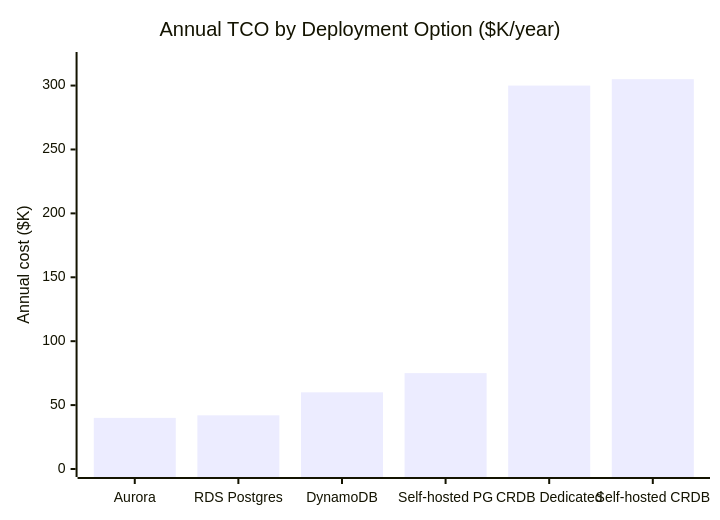
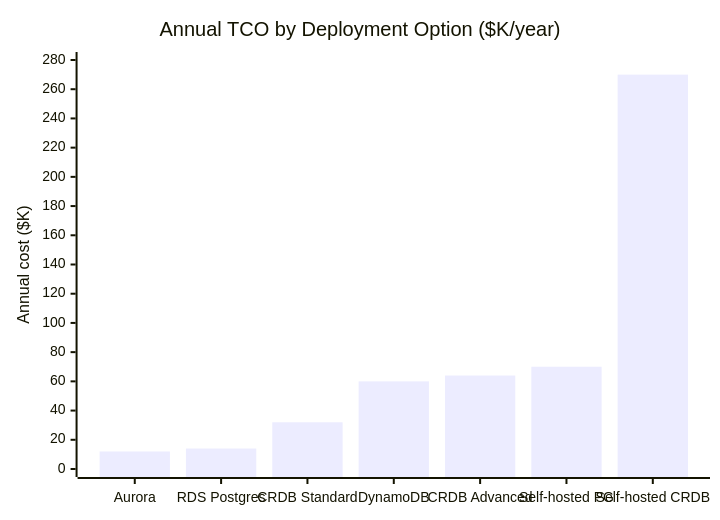
One commit to rppol/system-design changed the third of 5 diagrams in src/main/java/com/rutik/systemdesign/database/database_selection_framework/README.md. Above: the diagram before and after it, drawn with Mermaid. The commit also changed other lines of this file and 4 other files, not shown here.

````diff
--- a/src/main/java/com/rutik/systemdesign/database/database_selection_framework/README.md
+++ b/src/main/java/com/rutik/systemdesign/database/database_selection_framework/README.md
@@ -240,7 +247,7 @@
 ```mermaid
 xychart-beta
     title "Annual TCO by Deployment Option ($K/year)"
-    x-axis ["Aurora", "RDS Postgres", "DynamoDB", "Self-hosted PG", "CRDB Dedicated", "Self-hosted CRDB"]
-    y-axis "Annual cost ($K)" 0 --> 320
-    bar [40, 42, 60, 75, 300, 305]
+    x-axis ["Aurora", "RDS Postgres", "CRDB Standard", "DynamoDB", "CRDB Advanced", "Self-hosted PG", "Self-hosted CRDB"]
+    y-axis "Annual cost ($K)" 0 --> 280
+    bar [12, 14, 32, 60, 64, 70, 270]
 ```
````
